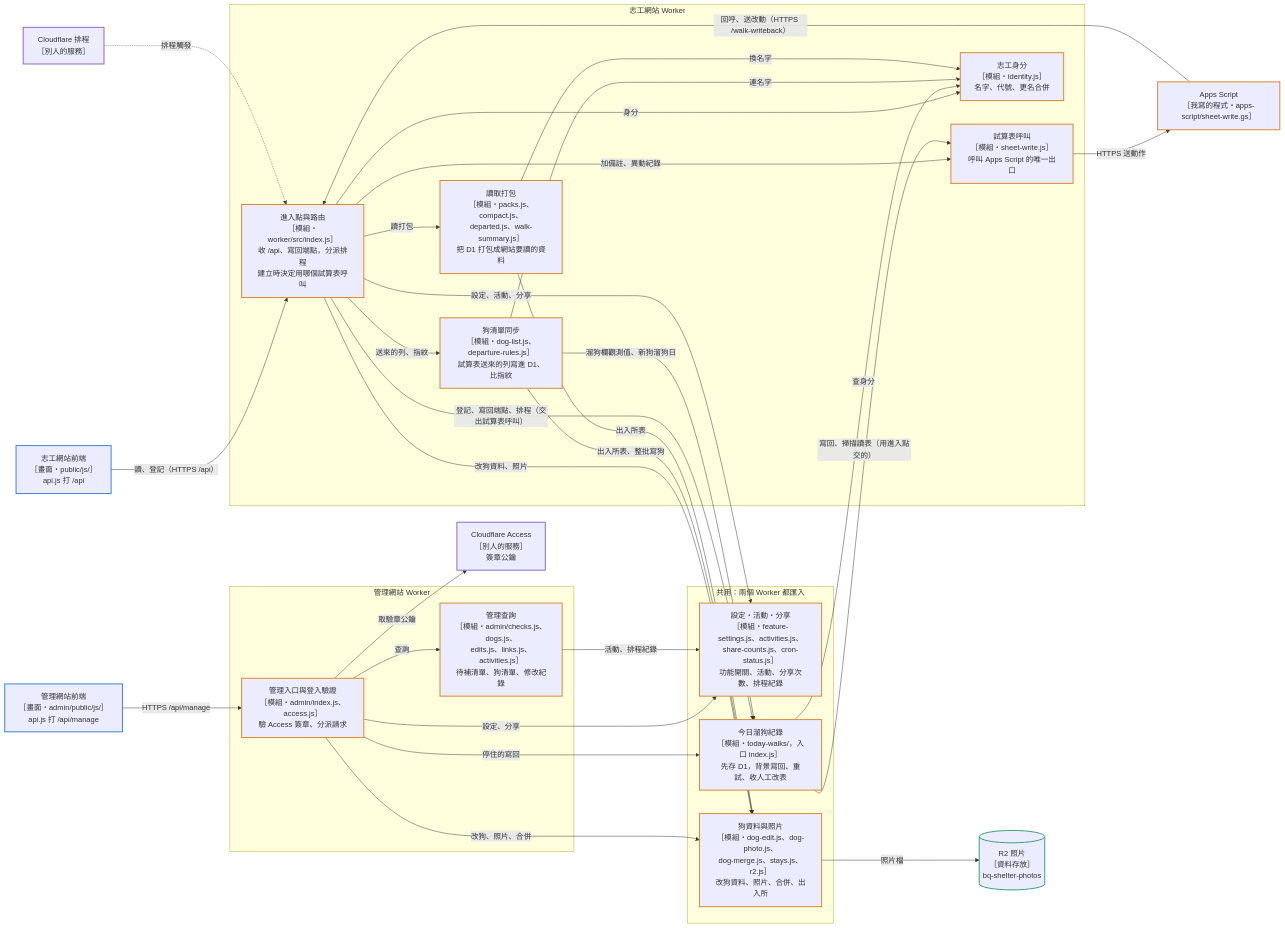
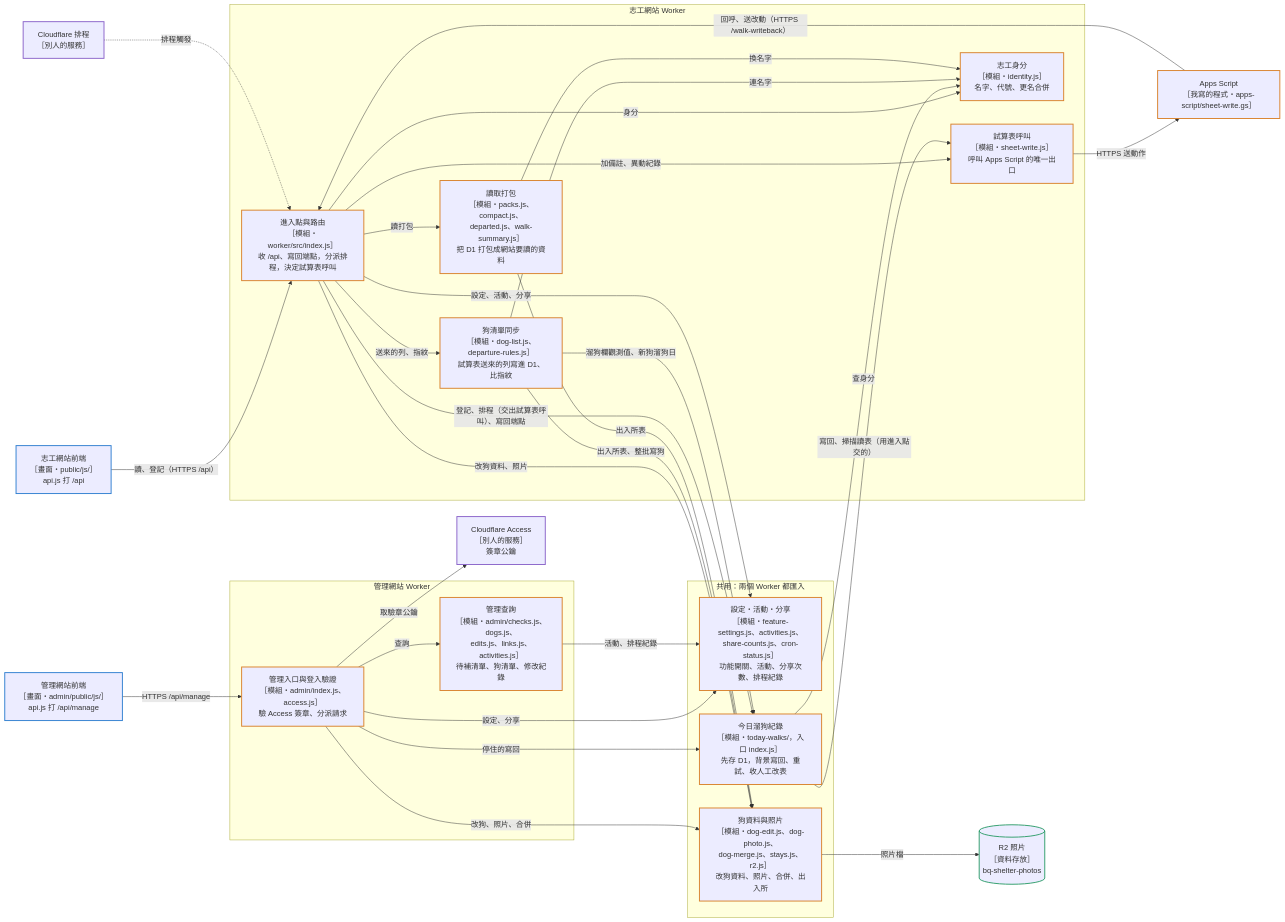
The fifth of 7 diagrams in docs/ARCHITECTURE.md (jiatsenK/bq-shelter-dogs), drawn with Mermaid before and after one commit. The commit also changed other lines of this file, not shown here.

Commit message:
架構圖：寫回端點沒交試算表呼叫、補 fixture 接回 Worker 的依據（#748 審查）

````diff
--- a/docs/ARCHITECTURE.md
+++ b/docs/ARCHITECTURE.md
@@ -263,62 +263,62 @@
 ```mermaid
 flowchart LR
   vfront["志工網站前端<br/>［畫面・public/js/］<br/>api.js 打 /api"]
   cron["Cloudflare 排程<br/>［別人的服務］"]
   gas["Apps Script<br/>［我寫的程式・apps-script/sheet-write.gs］"]
   afront["管理網站前端<br/>［畫面・admin/public/js/］<br/>api.js 打 /api/manage"]
   access["Cloudflare Access<br/>［別人的服務］<br/>簽章公鑰"]
   r2[("R2 照片<br/>［資料存放］<br/>bq-shelter-photos")]
   subgraph SHARED["共用：兩個 Worker 都匯入"]
     settings["設定・活動・分享<br/>［模組・feature-settings.js、activities.js、<br/>share-counts.js、cron-status.js］<br/>功能開關、活動、分享次數、排程紀錄"]
     dogdata["狗資料與照片<br/>［模組・dog-edit.js、dog-photo.js、<br/>dog-merge.js、stays.js、r2.js］<br/>改狗資料、照片、合併、出入所"]
     walk["今日溜狗紀錄<br/>［模組・today-walks/，入口 index.js］<br/>先存 D1，背景寫回、重試、收人工改表"]
   end
   subgraph VW["志工網站 Worker"]
-    entry["進入點與路由<br/>［模組・worker/src/index.js］<br/>收 /api、寫回端點，分派排程<br/>建立時決定用哪個試算表呼叫"]
+    entry["進入點與路由<br/>［模組・worker/src/index.js］<br/>收 /api、寫回端點，分派排程，決定試算表呼叫"]
     doglist["狗清單同步<br/>［模組・dog-list.js、departure-rules.js］<br/>試算表送來的列寫進 D1、比指紋"]
     packs["讀取打包<br/>［模組・packs.js、compact.js、<br/>departed.js、walk-summary.js］<br/>把 D1 打包成網站要讀的資料"]
     sheetcall["試算表呼叫<br/>［模組・sheet-write.js］<br/>呼叫 Apps Script 的唯一出口"]
     identity["志工身分<br/>［模組・identity.js］<br/>名字、代號、更名合併"]
   end
   subgraph AW["管理網站 Worker"]
     aentry["管理入口與登入驗證<br/>［模組・admin/index.js、access.js］<br/>驗 Access 簽章、分派請求"]
     aquery["管理查詢<br/>［模組・admin/checks.js、dogs.js、<br/>edits.js、links.js、activities.js］<br/>待補清單、狗清單、修改紀錄"]
   end
 
   vfront -->|讀、登記（HTTPS /api）| entry
   cron -.->|排程觸發| entry
   gas -->|回呼、送改動（HTTPS /walk-writeback）| entry
   afront -->|HTTPS /api/manage| aentry
-  entry -->|登記、寫回端點、排程（交出試算表呼叫）| walk
+  entry -->|登記、排程（交出試算表呼叫）、寫回端點| walk
   entry -->|送來的列、指紋| doglist
   entry -->|讀打包| packs
   entry -->|加備註、異動紀錄| sheetcall
   entry -->|身分| identity
   entry -->|設定、活動、分享| settings
   entry -->|改狗資料、照片| dogdata
   doglist -->|溜狗欄觀測值、新狗溜狗日| walk
   walk -->|寫回、掃描讀表（用進入點交的）| sheetcall
   walk -->|查身分| identity
   doglist -->|連名字| identity
   doglist -->|出入所表、整批寫狗| dogdata
   packs -->|換名字| identity
   packs -->|出入所表| dogdata
   sheetcall -->|HTTPS 送動作| gas
   dogdata -->|照片檔| r2
   aentry -->|查詢| aquery
   aentry -->|取驗章公鑰| access
   aentry -->|設定、分享| settings
   aentry -->|改狗、照片、合併| dogdata
   aentry -->|停住的寫回| walk
   aquery -->|活動、排程紀錄| settings
 
   class vfront,afront ui
   class entry,walk,doglist,packs,sheetcall,identity,aentry,aquery,settings,dogdata,gas code
   class r2 data
   class cron,access ext
   classDef person stroke:#5b6b78,stroke-width:2px
   classDef ui stroke:#2f7fd0,stroke-width:2px
   classDef code stroke:#d9822b,stroke-width:2px
   classDef data stroke:#2e9d6a,stroke-width:2px
   classDef ext stroke:#8a63c9,stroke-width:2px
 ```
````
